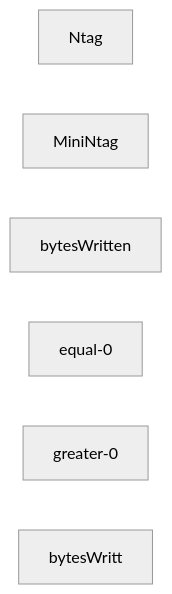
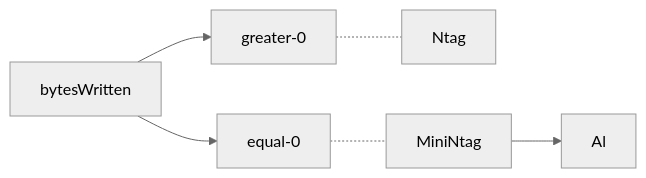
One commit to gordianknotC/nxp_note changed the seventh of 7 diagrams in nxp/NtagDemo_mermaid.md. Above: the diagram before and after it, drawn with Mermaid (neutral theme). The commit also changed other lines of this file, not shown here.

Commit message:
nxp/NtagDemo_mermaid.md updated from https://stackedit.io/

````diff
--- a/nxp/NtagDemo_mermaid.md
+++ b/nxp/NtagDemo_mermaid.md
@@ -188,10 +188,14 @@
 ``` mermaid
 graph LR
 Ntag
 MiniNtag
 bytesWritten
 equal-0
 greater-0
-bytesWritt
+bytesWritten --> equal-0
+bytesWritten --> greater-0
+greater-0 -.-Ntag
+equal-0 -.- MiniNtag
+MiniNtag --> Al
 
 ```
````
